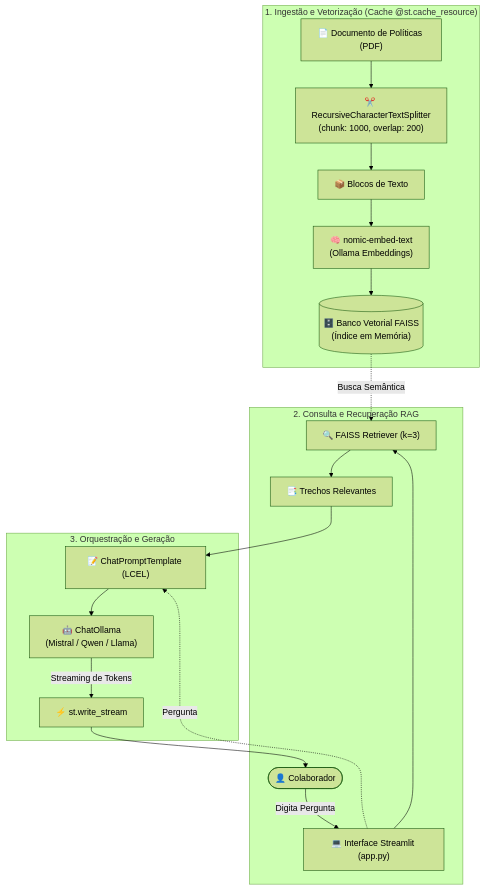
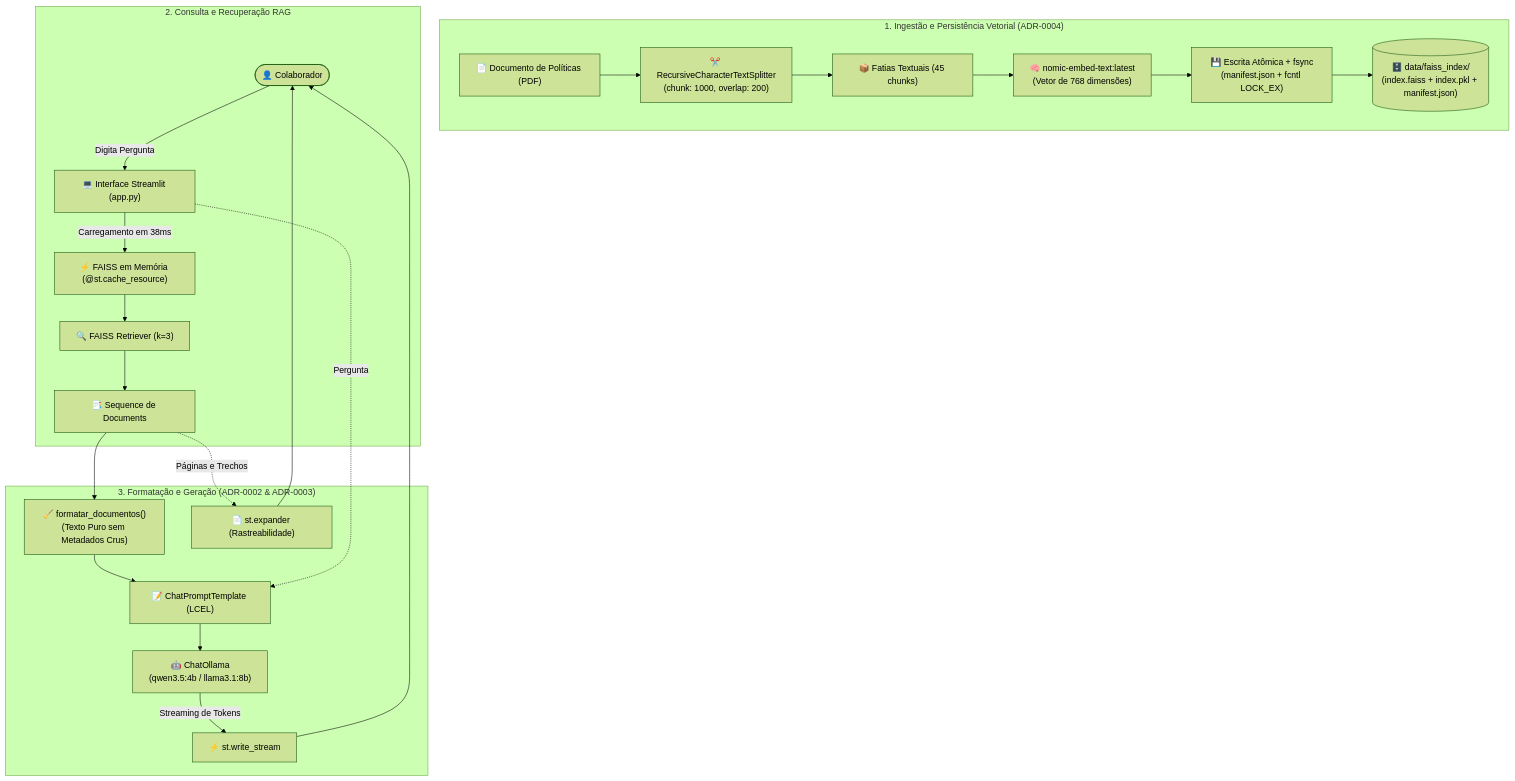
Before and after one commit to niqueborges/agente-ia-rh: the diagram in README.md, drawn with Mermaid (forest theme). The commit also changed other lines of this file, not shown here.

Commit message:
docs: overhaul README to comprehensively document V2 architecture and tests

````diff
--- a/README.md
+++ b/README.md
@@ -52,24 +69,28 @@
 ```mermaid
 flowchart TD
-    subgraph Ingestao["1. Ingestão e Vetorização (Cache @st.cache_resource)"]
+    subgraph Ingestao["1. Ingestão e Persistência Vetorial (ADR-0004)"]
         PDF["📄 Documento de Políticas (PDF)"] --> Splitter["✂️ RecursiveCharacterTextSplitter<br/>(chunk: 1000, overlap: 200)"]
-        Splitter --> Chunks["📦 Blocos de Texto"]
-        Chunks --> Embeddings["🧠 nomic-embed-text<br/>(Ollama Embeddings)"]
-        Embeddings --> FAISS_DB[("🗄️ Banco Vetorial FAISS<br/>(Índice em Memória)")]
+        Splitter --> Chunks["📦 Fatias Textuais (45 chunks)"]
+        Chunks --> Embeddings["🧠 nomic-embed-text:latest<br/>(Vetor de 768 dimensões)"]
+        Embeddings --> Persist["💾 Escrita Atômica + fsync<br/>(manifest.json + fcntl LOCK_EX)"]
+        Persist --> FAISS_Disk[("🗄️ data/faiss_index/<br/>(index.faiss + index.pkl + manifest.json)")]
     end
 
     subgraph Consulta["2. Consulta e Recuperação RAG"]
         User(["👤 Colaborador"]) -->|Digita Pergunta| UI["💻 Interface Streamlit (app.py)"]
-        UI --> Retriever["🔍 FAISS Retriever (k=3)"]
-        FAISS_DB -.->|Busca Semântica| Retriever
-        Retriever --> Contexto["📑 Trechos Relevantes"]
+        UI -->|Carregamento em 38ms| MemFAISS["⚡ FAISS em Memória (@st.cache_resource)"]
+        MemFAISS --> Retriever["🔍 FAISS Retriever (k=3)"]
+        Retriever --> RawDocs["📑 Sequence de Documents"]
     end
 
-    subgraph Geracao["3. Orquestração e Geração"]
-        Contexto --> Prompt["📝 ChatPromptTemplate (LCEL)"]
+    subgraph Geracao["3. Formatação e Geração (ADR-0002 & ADR-0003)"]
+        RawDocs --> Formatter["🧹 formatar_documentos()<br/>(Texto Puro sem Metadados Crus)"]
+        Formatter --> Prompt["📝 ChatPromptTemplate (LCEL)"]
         UI -.->|Pergunta| Prompt
-        Prompt --> LLM["🤖 ChatOllama<br/>(Mistral / Qwen / Llama)"]
+        Prompt --> LLM["🤖 ChatOllama<br/>(qwen3.5:4b / llama3.1:8b)"]
         LLM -->|Streaming de Tokens| StreamOutput["⚡ st.write_stream"]
         StreamOutput --> User
+        RawDocs -.->|Páginas e Trechos| SourcesExpander["📄 st.expander (Rastreabilidade)"]
+        SourcesExpander --> User
     end
 ```
````
